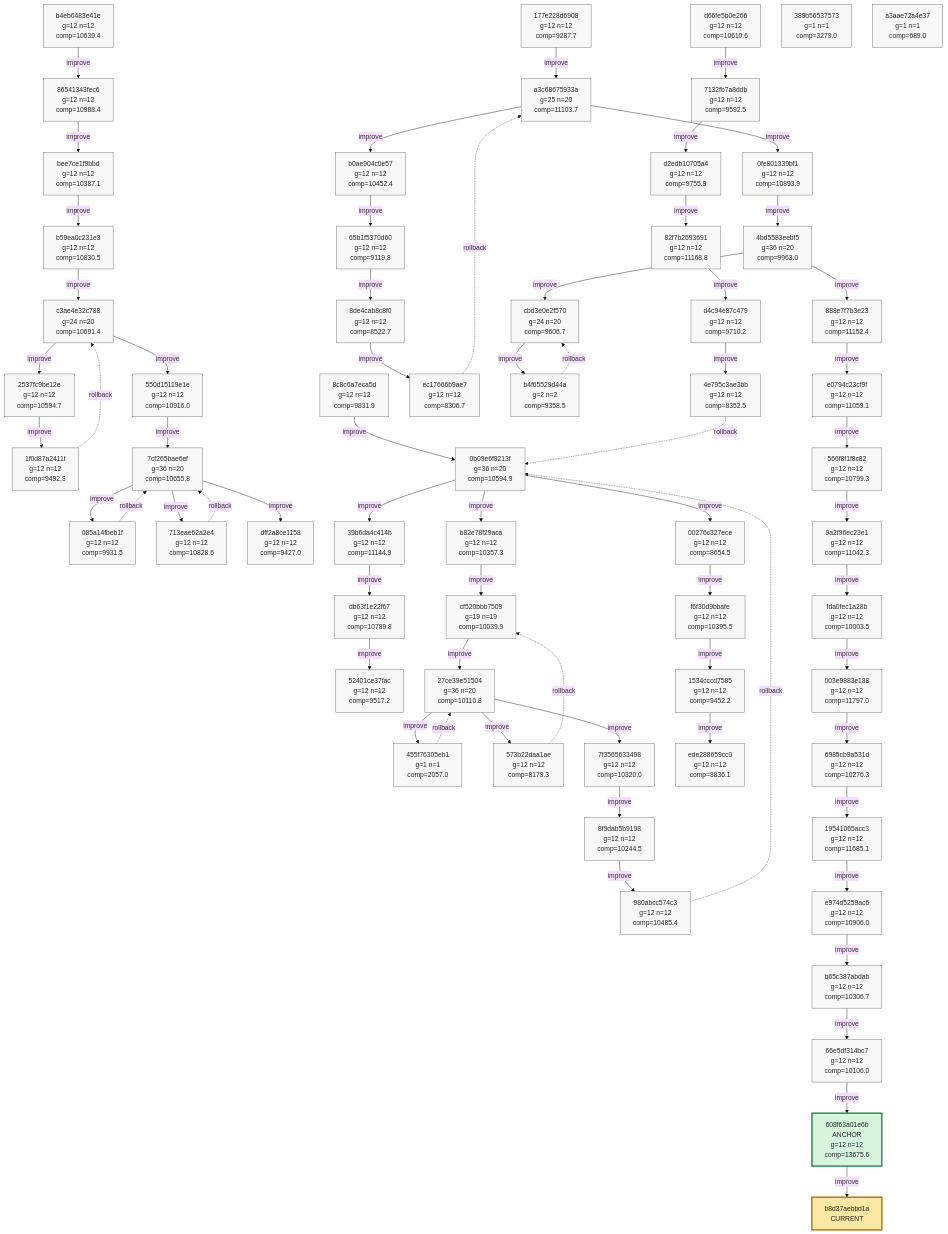
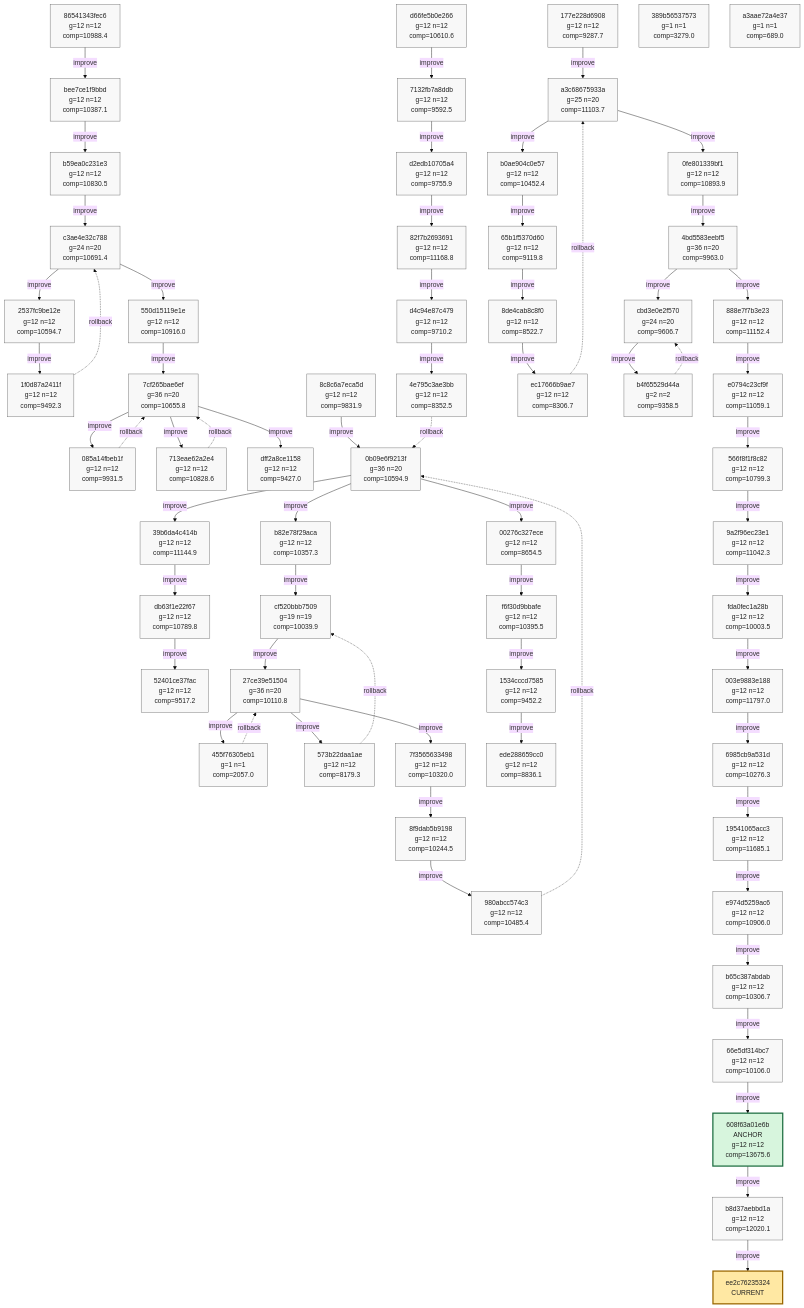
One commit to azumag/soviet_now changed the first of 10 diagrams in phyrogenetic-tree.md. Above: the diagram before and after it, drawn with Mermaid (base theme). The commit also changed other lines of this file and 2 other files, not shown here.

Commit message:
eloop Improve after 12 games (scores: 14312 12596 8554 22871 14700 20092 11618 12229 13355 8758 12776 8509)

````diff
--- a/phyrogenetic-tree.md
+++ b/phyrogenetic-tree.md
@@ -16,6 +16,5 @@
 ```mermaid
 flowchart TD
-    h_b4eb6483e41e["b4eb6483e41e<br/>g=12 n=12<br/>comp=10639.4"]
     h_86541343fec6["86541343fec6<br/>g=12 n=12<br/>comp=10988.4"]
     h_bee7ce1f9bbd["bee7ce1f9bbd<br/>g=12 n=12<br/>comp=10387.1"]
     h_b59ea0c231e3["b59ea0c231e3<br/>g=12 n=12<br/>comp=10830.5"]
@@ -72,11 +71,11 @@
     h_b65c387abdab["b65c387abdab<br/>g=12 n=12<br/>comp=10306.7"]
     h_66e5df314bc7["66e5df314bc7<br/>g=12 n=12<br/>comp=10106.0"]
     h_608f63a01e6b["608f63a01e6b<br/>ANCHOR<br/>g=12 n=12<br/>comp=13675.6"]
+    h_b8d37aebbd1a["b8d37aebbd1a<br/>g=12 n=12<br/>comp=12020.1"]
     h_389b56537573["389b56537573<br/>g=1 n=1<br/>comp=3279.0"]
     h_a3aae72a4e37["a3aae72a4e37<br/>g=1 n=1<br/>comp=689.0"]
-    h_b8d37aebbd1a["b8d37aebbd1a<br/>CURRENT"]
+    h_ee2c76235324["ee2c76235324<br/>CURRENT"]
 
-    h_b4eb6483e41e -->|improve| h_86541343fec6
     h_86541343fec6 -->|improve| h_bee7ce1f9bbd
     h_bee7ce1f9bbd -->|improve| h_b59ea0c231e3
     h_b59ea0c231e3 -->|improve| h_c3ae4e32c788
@@ -139,13 +138,13 @@
     h_b65c387abdab -->|improve| h_66e5df314bc7
     h_66e5df314bc7 -->|improve| h_608f63a01e6b
     h_608f63a01e6b -->|improve| h_b8d37aebbd1a
+    h_b8d37aebbd1a -->|improve| h_ee2c76235324
 
     classDef plain fill:#f8f8f8,stroke:#666,stroke-width:1px,color:#222;
     classDef current fill:#ffe8a3,stroke:#9a6700,stroke-width:3px,color:#222;
     classDef anchor fill:#d7f5dd,stroke:#1f6f43,stroke-width:3px,color:#222;
     classDef current_anchor fill:#f3e4a8,stroke:#1f6f43,stroke-width:4px,color:#222;
 
-    class h_b4eb6483e41e plain;
     class h_86541343fec6 plain;
     class h_bee7ce1f9bbd plain;
     class h_b59ea0c231e3 plain;
@@ -202,7 +201,8 @@
     class h_b65c387abdab plain;
     class h_66e5df314bc7 plain;
     class h_608f63a01e6b anchor;
+    class h_b8d37aebbd1a plain;
     class h_389b56537573 plain;
     class h_a3aae72a4e37 plain;
-    class h_b8d37aebbd1a current;
+    class h_ee2c76235324 current;
 ```
````
